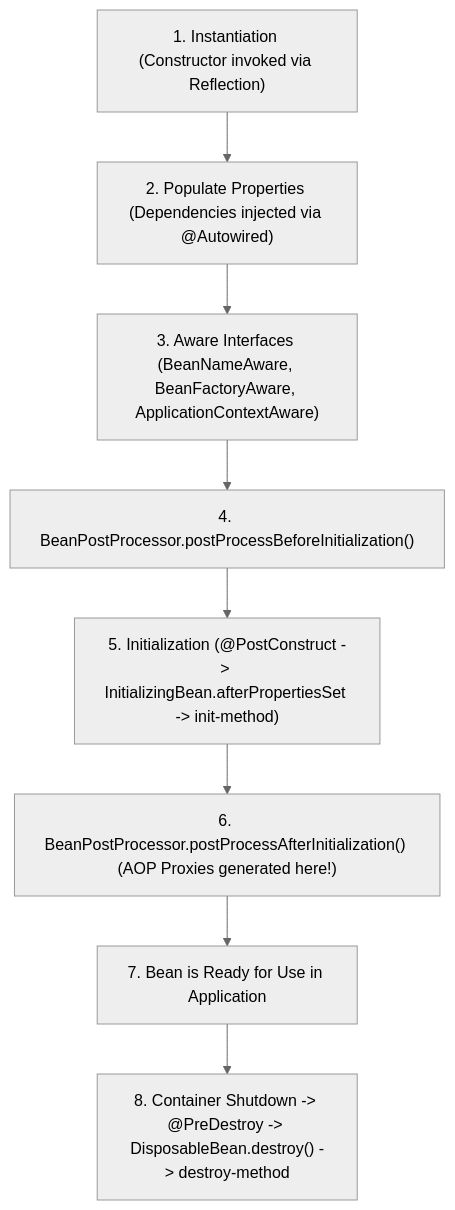
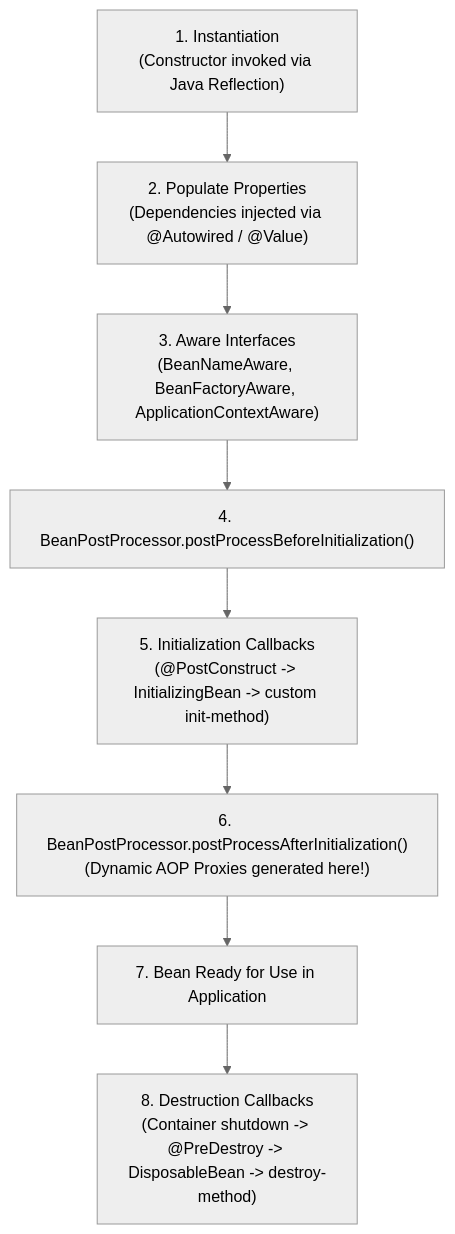
The second of 23 diagrams in 06-Java-and-Spring-Boot/Spring Boot Interview Guide.md (rohithgowda18/Notes), drawn with Mermaid (neutral theme) before and after one commit. The commit also changed other lines of this file, not shown here.

````diff
--- a/06-Java-and-Spring-Boot/Spring Boot Interview Guide.md
+++ b/06-Java-and-Spring-Boot/Spring Boot Interview Guide.md
@@ -110,13 +109,13 @@
 ```mermaid
 flowchart TD
-    Step1["1. Instantiation (Constructor invoked via Reflection)"]
-    Step2["2. Populate Properties (Dependencies injected via @Autowired)"]
-    Step3["3. Aware Interfaces (BeanNameAware, BeanFactoryAware, ApplicationContextAware)"]
+    Step1["1. Instantiation<br/>(Constructor invoked via Java Reflection)"]
+    Step2["2. Populate Properties<br/>(Dependencies injected via @Autowired / @Value)"]
+    Step3["3. Aware Interfaces<br/>(BeanNameAware, BeanFactoryAware, ApplicationContextAware)"]
     Step4["4. BeanPostProcessor.postProcessBeforeInitialization()"]
-    Step5["5. Initialization (@PostConstruct -> InitializingBean.afterPropertiesSet -> init-method)"]
-    Step6["6. BeanPostProcessor.postProcessAfterInitialization() (AOP Proxies generated here!)"]
-    Step7["7. Bean is Ready for Use in Application"]
-    Step8["8. Container Shutdown -> @PreDestroy -> DisposableBean.destroy() -> destroy-method"]
+    Step5["5. Initialization Callbacks<br/>(@PostConstruct -> InitializingBean -> custom init-method)"]
+    Step6["6. BeanPostProcessor.postProcessAfterInitialization()<br/>(Dynamic AOP Proxies generated here!)"]
+    Step7["7. Bean Ready for Use in Application"]
+    Step8["8. Destruction Callbacks<br/>(Container shutdown -> @PreDestroy -> DisposableBean -> destroy-method)"]
 
     Step1 --> Step2 --> Step3 --> Step4 --> Step5 --> Step6 --> Step7 --> Step8
 ```
````
